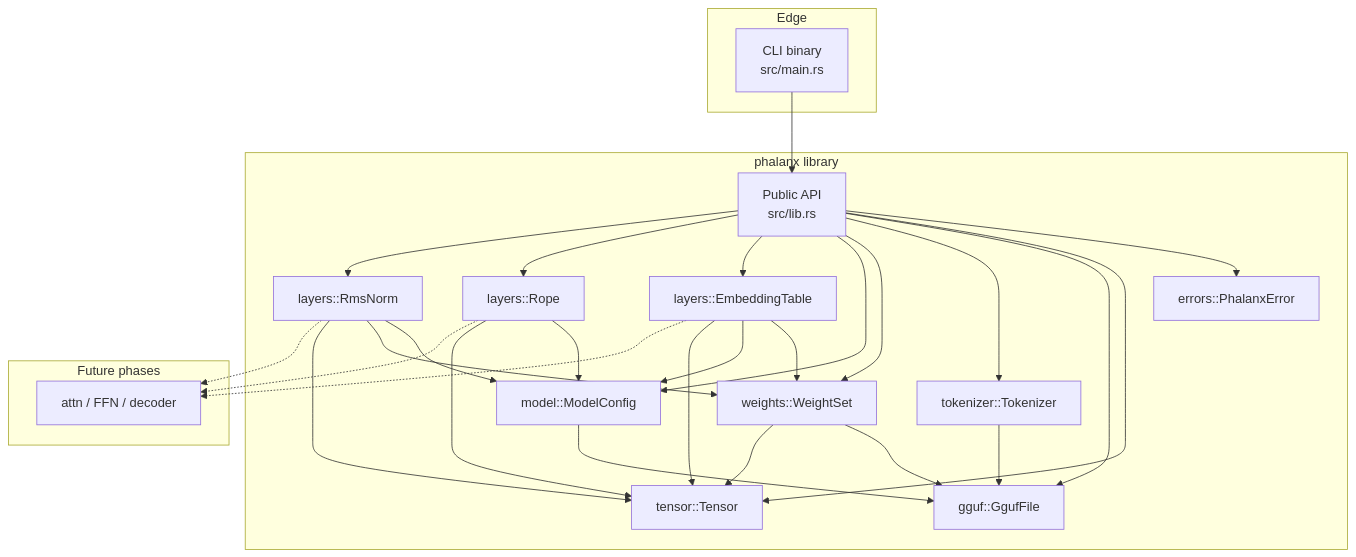
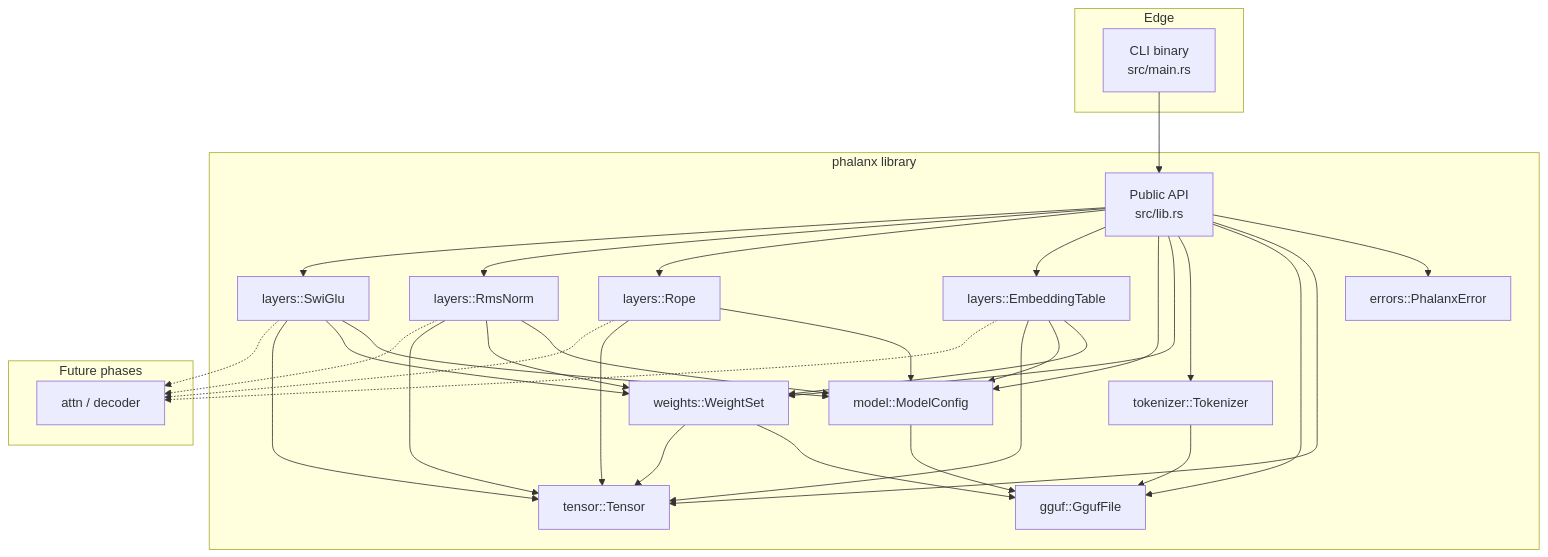
Before and after one commit to 404khai/phalanx: the diagram in README.md, drawn with Mermaid. The commit also changed other lines of this file and 14 other files, not shown here.

First line of the commit message:
feat(layers): add Llama-style SwiGLU feed-forward network

````diff
--- a/README.md
+++ b/README.md
@@ -57,49 +58,55 @@
 ```mermaid
 flowchart TB
     subgraph edge [Edge]
         CLI["CLI binary<br/>src/main.rs"]
     end
 
     subgraph library [phalanx library]
         API["Public API<br/>src/lib.rs"]
         Errors["errors::PhalanxError"]
         Tensor["tensor::Tensor"]
         GGUF["gguf::GgufFile"]
         Tok["tokenizer::Tokenizer"]
         Weights["weights::WeightSet"]
         Model["model::ModelConfig"]
         Emb["layers::EmbeddingTable"]
         Rope["layers::Rope"]
         Rms["layers::RmsNorm"]
+        Ffn["layers::SwiGlu"]
     end
 
     subgraph future [Future phases]
-        Decoder["attn / FFN / decoder"]
+        Decoder["attn / decoder"]
     end
 
     CLI --> API
     API --> Errors
     API --> Tensor
     API --> GGUF
     API --> Tok
     API --> Weights
     API --> Model
     API --> Emb
     API --> Rope
     API --> Rms
+    API --> Ffn
     Tok --> GGUF
     Weights --> GGUF
     Model --> GGUF
     Emb --> Weights
     Emb --> Model
     Rope --> Model
     Rms --> Model
     Rms --> Weights
+    Ffn --> Model
+    Ffn --> Weights
     Emb --> Tensor
     Rope --> Tensor
     Rms --> Tensor
+    Ffn --> Tensor
     Weights --> Tensor
     Emb -.-> Decoder
     Rope -.-> Decoder
     Rms -.-> Decoder
+    Ffn -.-> Decoder
 ```
````
